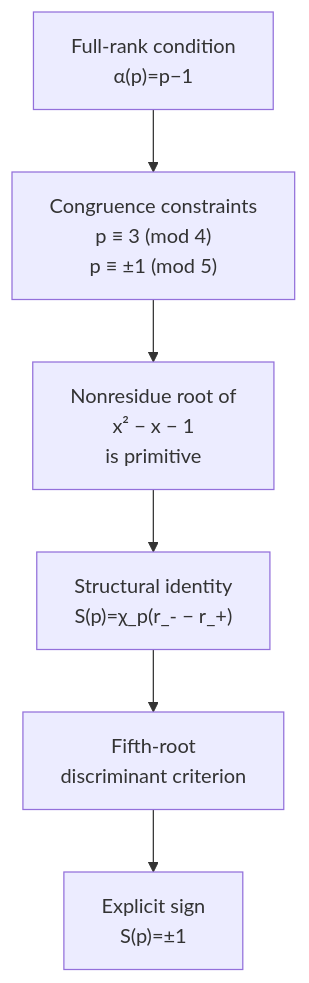
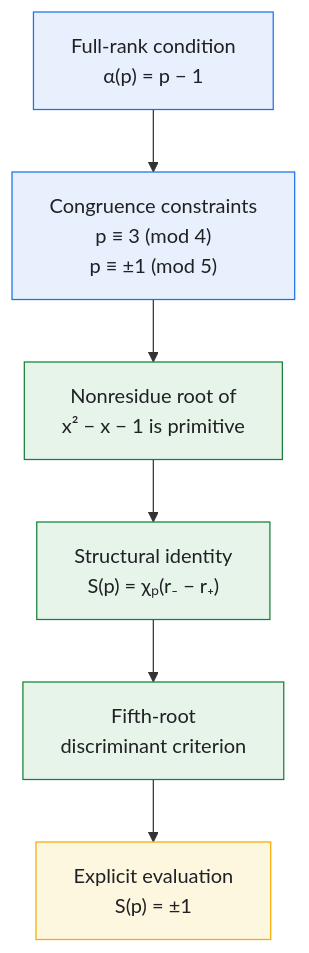
Before and after one commit to Majid-Ghandali/fibonacci-character-sum-full-rank: the first of 2 diagrams in README.md, drawn with Mermaid. The commit also changed other lines of this file, not shown here.

````diff
--- a/README.md
+++ b/README.md
@@ -100,15 +124,23 @@
 ```mermaid
 flowchart TD
-    A["Full-rank condition<br/>α(p)=p−1"]
+    A["Full-rank condition<br/>α(p) = p − 1"]
     B["Congruence constraints<br/>p ≡ 3 (mod 4)<br/>p ≡ ±1 (mod 5)"]
-    C["Nonresidue root of<br/>x² − x − 1<br/>is primitive"]
-    D["Structural identity<br/>S(p)=χ_p(r_- − r_+)"]
+    C["Nonresidue root of<br/>x² − x − 1 is primitive"]
+    D["Structural identity<br/>S(p) = χₚ(r₋ − r₊)"]
     E["Fifth-root<br/>discriminant criterion"]
-    F["Explicit sign<br/>S(p)=±1"]
+    F["Explicit evaluation<br/>S(p) = ±1"]
 
     A --> B
     B --> C
     C --> D
     D --> E
     E --> F
+
+    classDef condition fill:#E8F0FE,stroke:#1A73E8,color:#202124;
+    classDef mechanism fill:#E6F4EA,stroke:#188038,color:#202124;
+    classDef conclusion fill:#FEF7E0,stroke:#F9AB00,color:#202124;
+
+    class A,B condition;
+    class C,D,E mechanism;
+    class F conclusion;
 ```
````
